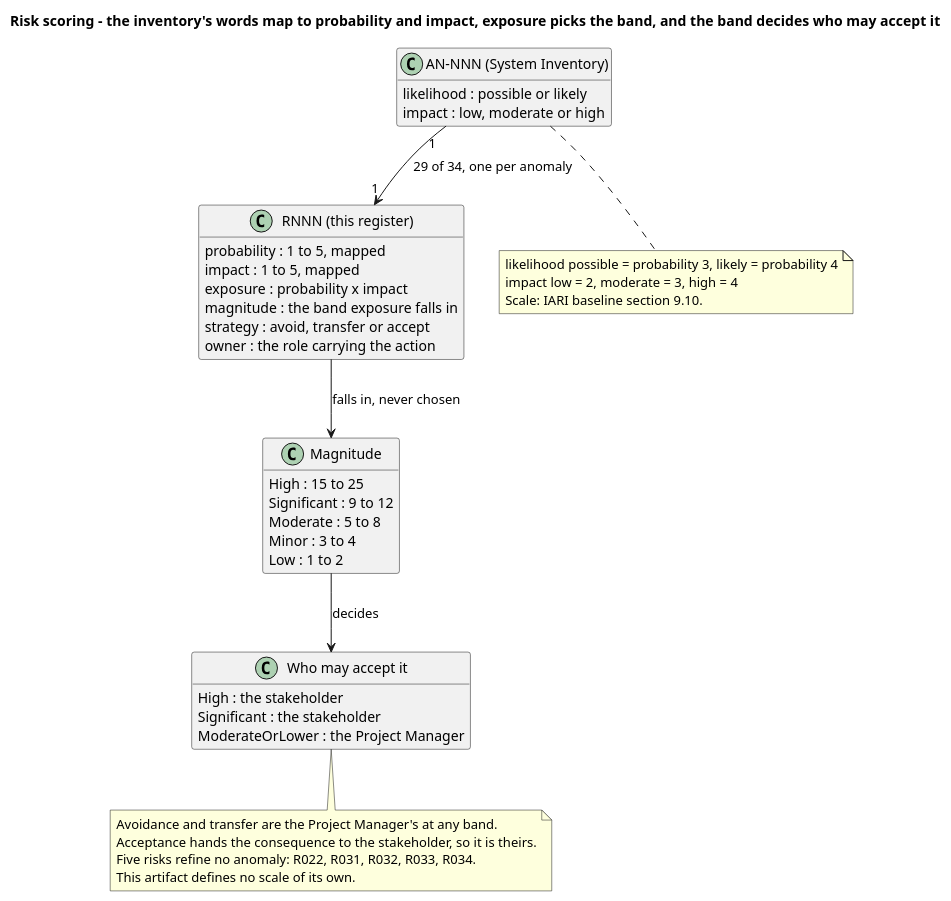
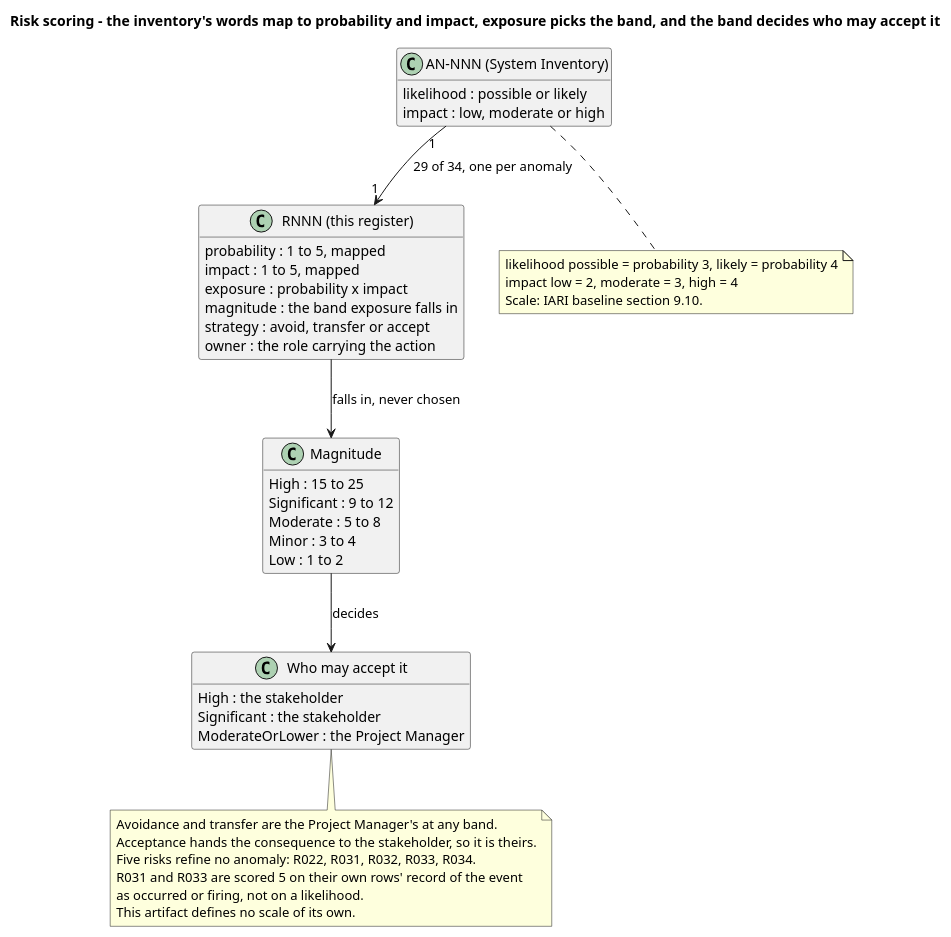
One commit to banense-test/TodoApp changed the first of 3 diagrams in docs/artifacts/project-management/risk-list.md. Above: the diagram before and after it, drawn with PlantUML. The commit also changed other lines of this file, not shown here.

````diff
--- a/docs/artifacts/project-management/risk-list.md
+++ b/docs/artifacts/project-management/risk-list.md
@@ -53,51 +55,53 @@
 ```plantuml
 @startuml
 title Risk scoring - the inventory's words map to probability and impact, exposure picks the band, and the band decides who may accept it
 
 skinparam shadowing false
 skinparam classAttributeIconSize 0
 hide empty members
 
 class "AN-NNN (System Inventory)" as AN {
   likelihood : possible or likely
   impact : low, moderate or high
 }
 class "RNNN (this register)" as RISK {
   probability : 1 to 5, mapped
   impact : 1 to 5, mapped
   exposure : probability x impact
   magnitude : the band exposure falls in
   strategy : avoid, transfer or accept
   owner : the role carrying the action
 }
 class "Magnitude" as M {
   High : 15 to 25
   Significant : 9 to 12
   Moderate : 5 to 8
   Minor : 3 to 4
   Low : 1 to 2
 }
 class "Who may accept it" as A {
   High : the stakeholder
   Significant : the stakeholder
   ModerateOrLower : the Project Manager
 }
 
 AN "1" --> "1" RISK : 29 of 34, one per anomaly
 RISK --> M : falls in, never chosen
 M --> A : decides
 
 note bottom of AN
   likelihood possible = probability 3, likely = probability 4
   impact low = 2, moderate = 3, high = 4
   Scale: IARI baseline section 9.10.
 end note
 note bottom of A
   Avoidance and transfer are the Project Manager's at any band.
   Acceptance hands the consequence to the stakeholder, so it is theirs.
   Five risks refine no anomaly: R022, R031, R032, R033, R034.
+  R031 and R033 are scored 5 on their own rows' record of the event
+  as occurred or firing, not on a likelihood.
   This artifact defines no scale of its own.
 end note
 
 @enduml
 ```
````
